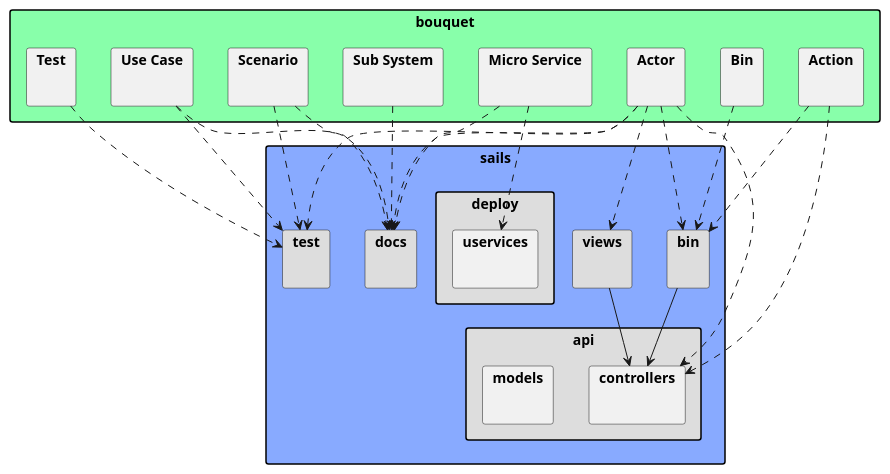
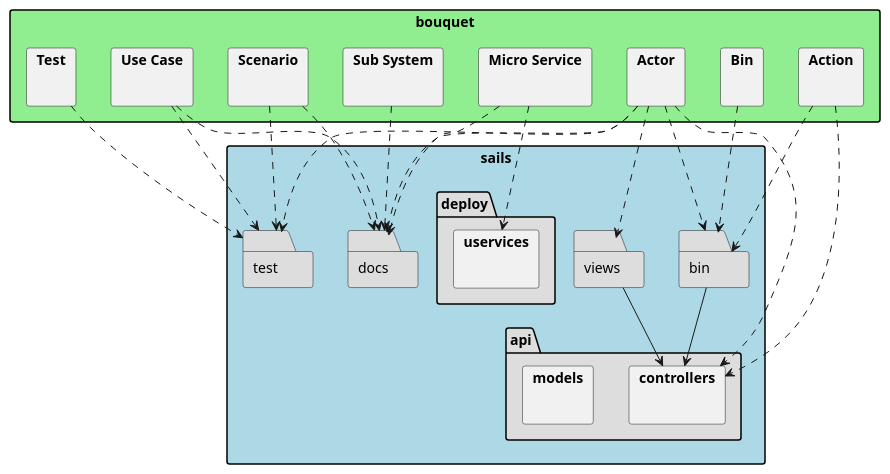
Before and after one commit to madajaju/bouquet: the diagram in docs/Solution/Logical.puml, drawn with PlantUML. The commit also changed 132 other files, not shown here.

```diff
--- a/docs/Solution/Logical.puml
+++ b/docs/Solution/Logical.puml
@@ -1,49 +1,54 @@
 @startuml
 
 skinparam packageStyle rect
 
-package bouquet #88ffaa {
+package bouquet #lightgreen {
     package "Action" { }
     package "Actor" { }
     package "Bin" { }
     package "Micro Service" { }
     package "Scenario" { }
     package "Sub System" { }
     package "Test" { }
     package "Use Case" { }
 }
 
-package sails #88aaff {
-    package "api" #dddddd {
-        package "controllers" { }
+package sails #lightblue {
+    folder "api" #dddddd {
+        package "controllers" {
+        }
         package "models" { }
     }
-    package "bin" #dddddd { }
-    package "docs" #dddddd { }
-    package "deploy" #dddddd {
+    folder "bin" #dddddd {
+    }
+    folder "docs" #dddddd {
+    }
+    folder "deploy" #dddddd {
         package "uservices" { }
     }
-    package "test" #dddddd { }
-    package "views" #dddddd { }
+    folder "test" #dddddd {
+    }
+    folder "views" #dddddd {
+    }
 }
 
 Action ..> controllers
 Action ..> bin
 Actor ..> controllers
 Actor ..> test
 Actor ..> docs
 Actor ..> bin
 Actor ..> views
 Bin ..> bin
 "Micro Service" ..> uservices
 "Micro Service" ..> docs
 Scenario ..> docs
 Scenario ..> test
 "Sub System" ..> docs
 Test ..> test
 "Use Case" ..> docs
 "Use Case" ..> test
 bin --> controllers
 views --> controllers
 
 @enduml
```
